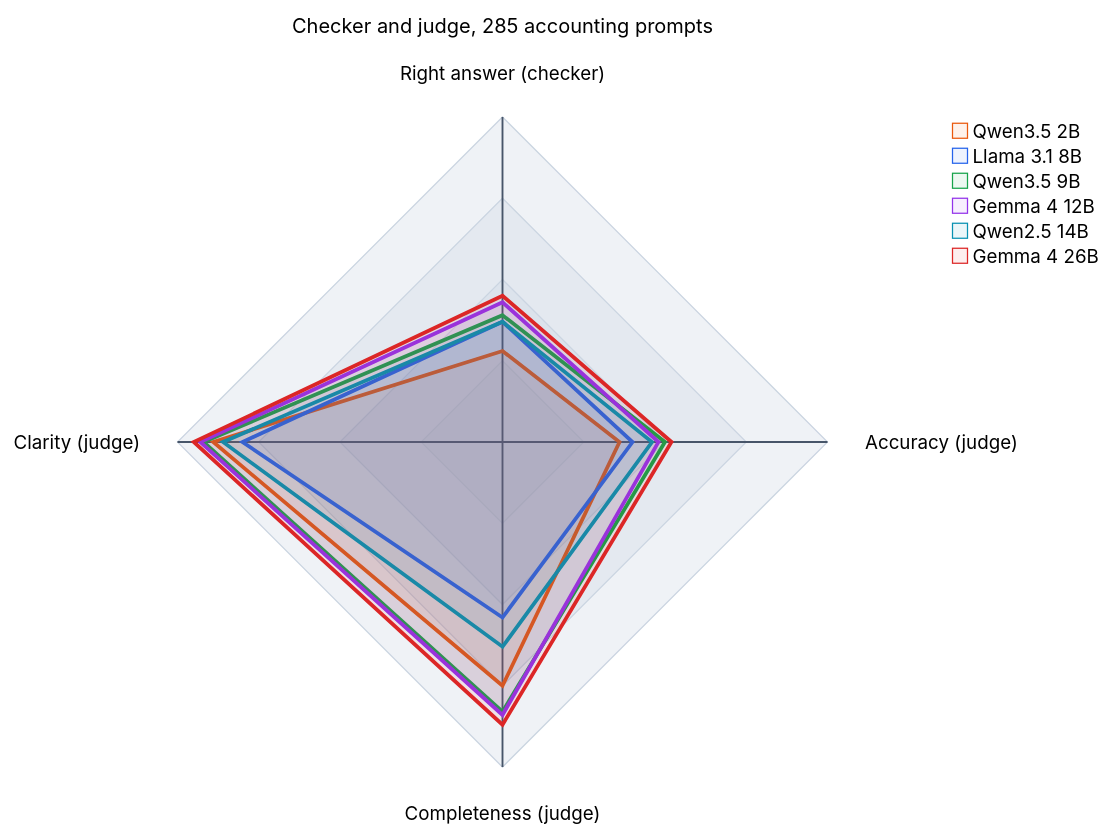
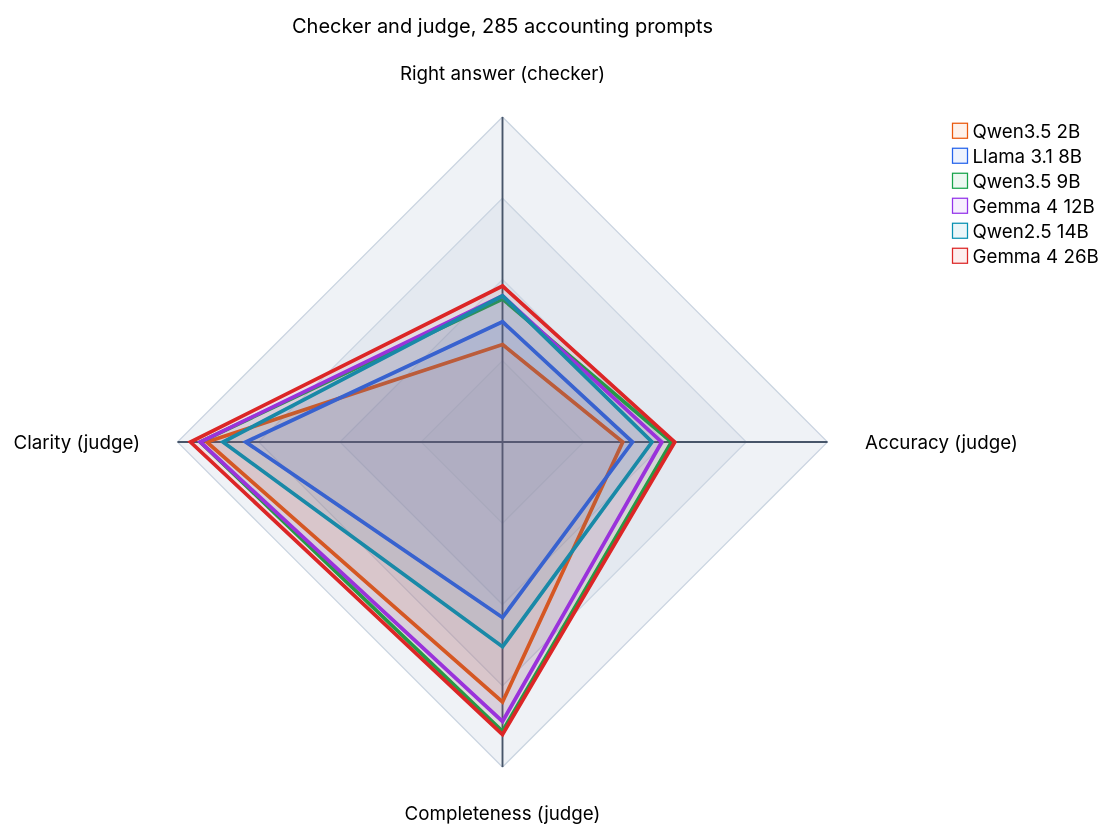
Before and after one commit to Haddley/haddley.github.io: the diagram in content/llmbenchmark2.md, drawn with Mermaid. The commit also changed other lines of this file and 1 other file, not shown here.

````diff
--- a/content/llmbenchmark2.md
+++ b/content/llmbenchmark2.md
@@ -72,17 +74,17 @@
 ```mermaid
 %%{init: {"theme": "neutral", "themeVariables": {"cScale0": "#ea580c", "cScale1": "#2563eb", "cScale2": "#16a34a", "cScale3": "#9333ea", "cScale4": "#0891b2", "cScale5": "#dc2626", "radar": {"curveOpacity": 0.08, "curveStrokeWidth": 3, "axisColor": "#475569", "axisStrokeWidth": 1.5, "axisLabelFontSize": 15, "graticuleColor": "#cbd5e1", "graticuleStrokeWidth": 1, "legendFontSize": 15, "legendBoxSize": 15}}, "radar": {"width": 520, "height": 520, "marginTop": 80, "marginBottom": 60, "marginLeft": 150, "marginRight": 220, "axisLabelFactor": 1.1}}}%%
 radar-beta
     title Checker and judge, 285 accounting prompts
     axis ra["Right answer (checker)"], ac["Accuracy (judge)"], co["Completeness (judge)"], cl["Clarity (judge)"]
-    curve q2["Qwen3.5 2B"]{28, 36, 75, 89}
-    curve l8["Llama 3.1 8B"]{37, 40, 54, 80}
-    curve q9["Qwen3.5 9B"]{39, 50, 83, 92}
-    curve g12["Gemma 4 12B"]{43, 48, 84, 93}
-    curve q14["Qwen2.5 14B"]{37, 46, 63, 86}
-    curve g26["Gemma 4 26B"]{45, 52, 87, 95}
+    curve q2["Qwen3.5 2B"]{30, 37, 80, 91}
+    curve l8["Llama 3.1 8B"]{37, 40, 54, 79}
+    curve q9["Qwen3.5 9B"]{44, 52, 89, 93}
+    curve g12["Gemma 4 12B"]{45, 49, 86, 93}
+    curve q14["Qwen2.5 14B"]{45, 46, 63, 86}
+    curve g26["Gemma 4 26B"]{48, 53, 90, 96}
     max 100
     min 0
     graticule polygon
     ticks 4
     showLegend true
 ```
````
